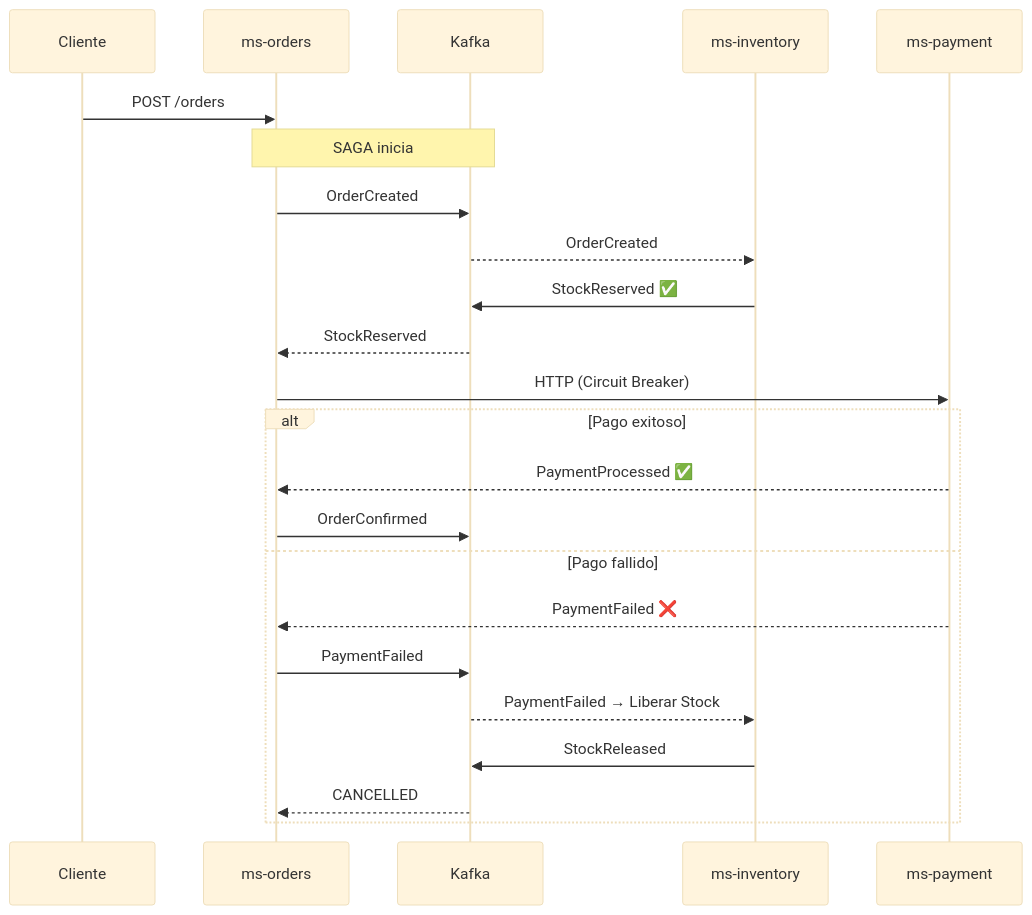
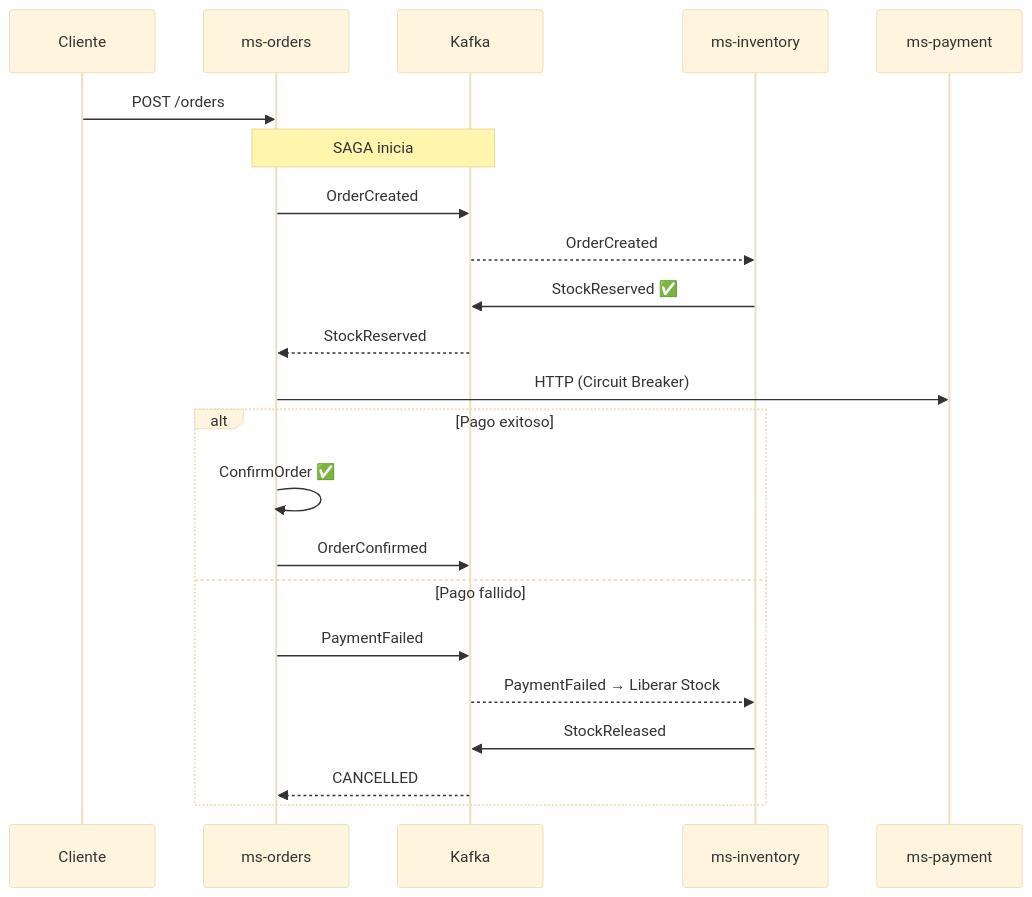
The second of 2 diagrams in lab_2_arka_microservicios_reactivos/docs/intro.md (ManuLasker/enyoi_java_slides), drawn with Mermaid (base theme) before and after one commit. The commit also changed other lines of this file and 6 other files, not shown here.

````diff
--- a/lab_2_arka_microservicios_reactivos/docs/intro.md
+++ b/lab_2_arka_microservicios_reactivos/docs/intro.md
@@ -79,28 +79,27 @@
 ```mermaid
 sequenceDiagram
     participant C as Cliente
     participant O as ms-orders
     participant K as Kafka
     participant I as ms-inventory
     participant P as ms-payment
 
     C->>O: POST /orders
     Note over O,K: SAGA inicia
 
     O->>K: OrderCreated
     K-->>I: OrderCreated
     I->>K: StockReserved ✅
     K-->>O: StockReserved
     O->>P: HTTP (Circuit Breaker)
 
     alt Pago exitoso
-        P-->>O: PaymentProcessed ✅
+        O->>O: ConfirmOrder ✅
         O->>K: OrderConfirmed
     else Pago fallido
-        P-->>O: PaymentFailed ❌
         O->>K: PaymentFailed
         K-->>I: PaymentFailed → Liberar Stock
         I->>K: StockReleased
         K-->>O: CANCELLED
     end
 ```
````
